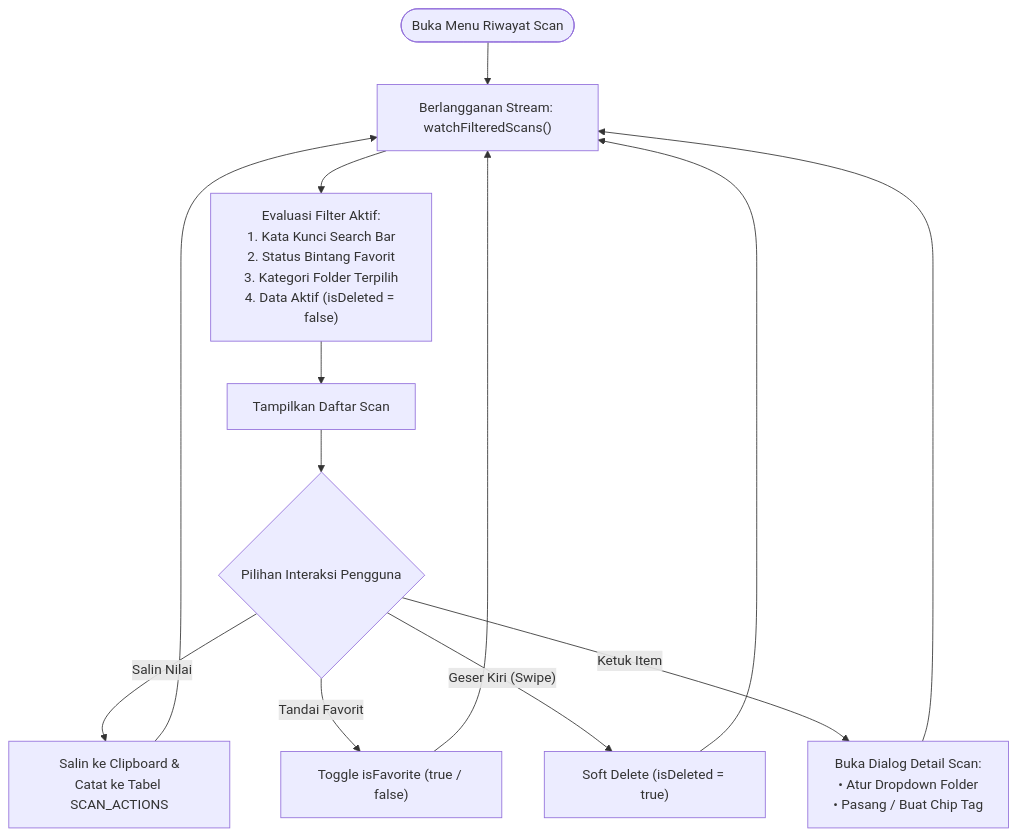
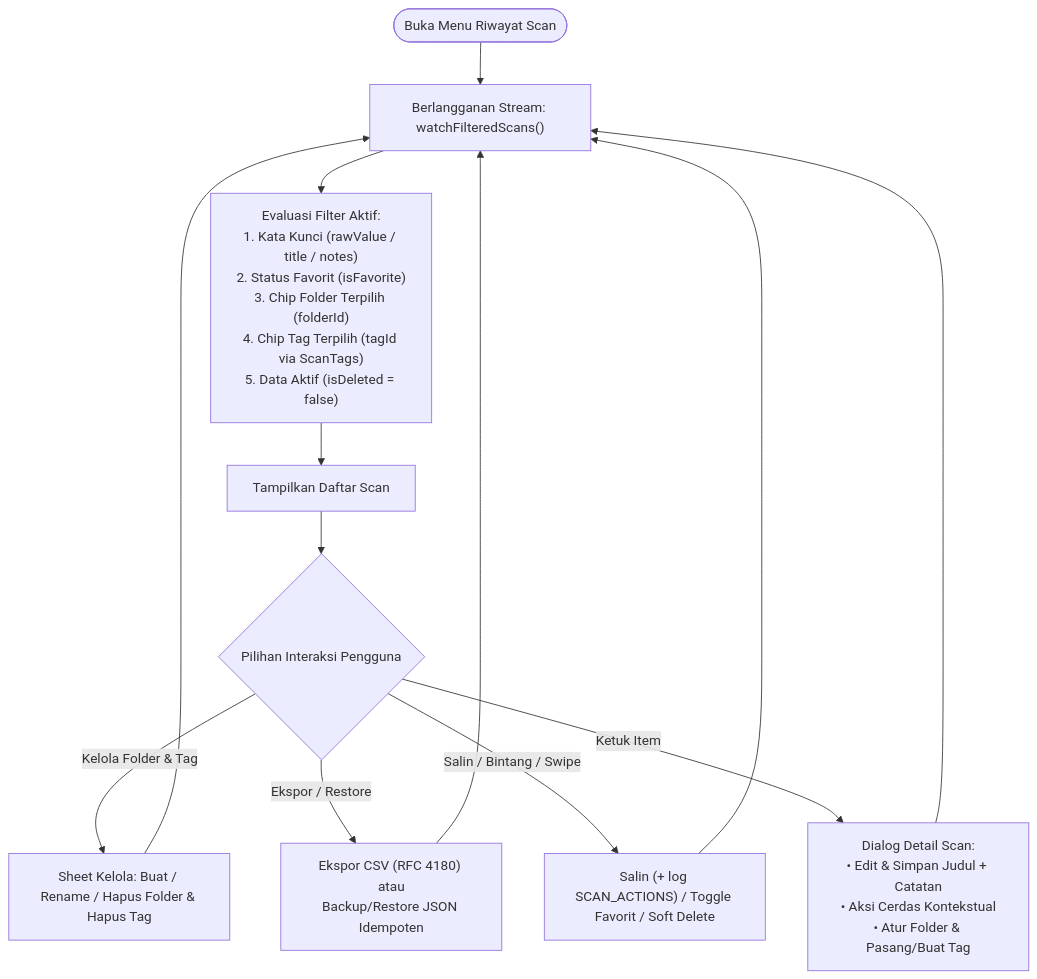
Before and after one commit to bagussatoto/QR-Scanner: the third of 4 diagrams in doc/DOKUMENTASI_PROYEK.md, drawn with Mermaid. The commit also changed other lines of this file and 3 other files, not shown here.

Commit message:
docs: sync README and master documentation with v1.2.0 architecture, CI, and features

````diff
--- a/doc/DOKUMENTASI_PROYEK.md
+++ b/doc/DOKUMENTASI_PROYEK.md
@@ -121,18 +141,18 @@
 ```mermaid
 flowchart TD
     OpenHistory(["Buka Menu Riwayat Scan"]) --> StreamWatch["Berlangganan Stream: watchFilteredScans()"]
-    StreamWatch --> FilterEvaluator["Evaluasi Filter Aktif:<br/>1. Kata Kunci Search Bar<br/>2. Status Bintang Favorit<br/>3. Kategori Folder Terpilih<br/>4. Data Aktif (isDeleted = false)"]
+    StreamWatch --> FilterEvaluator["Evaluasi Filter Aktif:<br/>1. Kata Kunci (rawValue / title / notes)<br/>2. Status Favorit (isFavorite)<br/>3. Chip Folder Terpilih (folderId)<br/>4. Chip Tag Terpilih (tagId via ScanTags)<br/>5. Data Aktif (isDeleted = false)"]
 
     FilterEvaluator --> RenderItems["Tampilkan Daftar Scan"]
     RenderItems --> UserAction{"Pilihan Interaksi Pengguna"}
 
-    UserAction -- "Salin Nilai" --> CopyAction["Salin ke Clipboard &<br/>Catat ke Tabel SCAN_ACTIONS"]
-    UserAction -- "Tandai Favorit" --> FavAction["Toggle isFavorite (true / false)"]
-    UserAction -- "Geser Kiri (Swipe)" --> DelAction["Soft Delete (isDeleted = true)"]
-    UserAction -- "Ketuk Item" --> DetailModal["Buka Dialog Detail Scan:<br/>• Atur Dropdown Folder<br/>• Pasang / Buat Chip Tag"]
+    UserAction -- "Kelola Folder & Tag" --> ManageSheet["Sheet Kelola: Buat / Rename / Hapus Folder & Hapus Tag"]
+    UserAction -- "Ekspor / Restore" --> ExportSheet["Ekspor CSV (RFC 4180) atau<br/>Backup/Restore JSON Idempoten"]
+    UserAction -- "Salin / Bintang / Swipe" --> QuickAct["Salin (+ log SCAN_ACTIONS) / Toggle Favorit / Soft Delete"]
+    UserAction -- "Ketuk Item" --> DetailModal["Dialog Detail Scan:<br/>• Edit & Simpan Judul + Catatan<br/>• Aksi Cerdas Kontekstual<br/>• Atur Folder & Pasang/Buat Tag"]
 
-    CopyAction --> StreamWatch
-    FavAction --> StreamWatch
-    DelAction --> StreamWatch
+    ManageSheet --> StreamWatch
+    ExportSheet --> StreamWatch
+    QuickAct --> StreamWatch
     DetailModal --> StreamWatch
 ```
````
